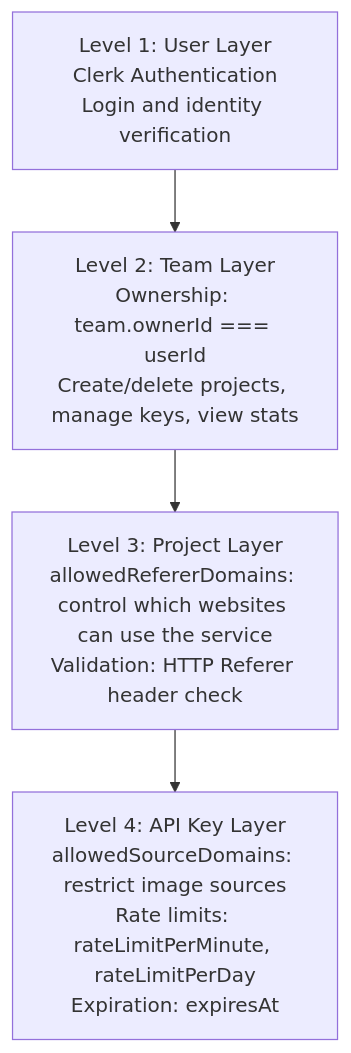
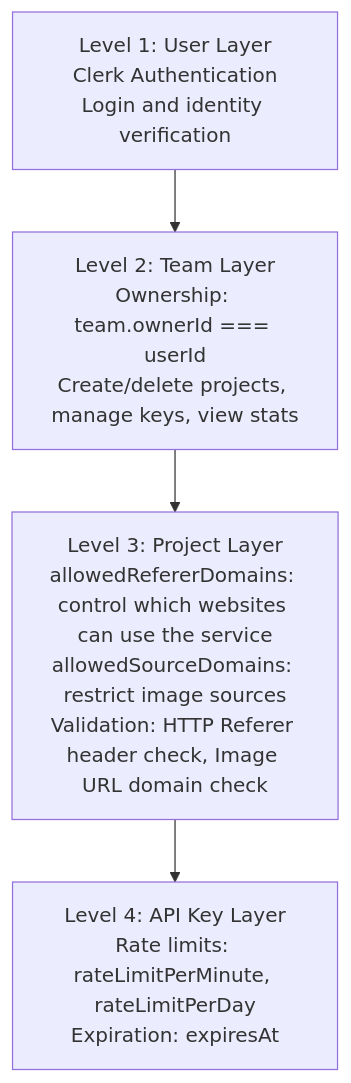
The fourth of 5 diagrams in apps/docs/content/docs/internal/system-overview.mdx (EricTsai83/optstuff), drawn with Mermaid before and after one commit. The commit also changed other lines of this file and 29 other files, not shown here.

First line of the commit message:
Update documentation to reflect project-level domain security changes

````diff
--- a/apps/docs/content/docs/internal/system-overview.mdx
+++ b/apps/docs/content/docs/internal/system-overview.mdx
@@ -140,9 +140,9 @@
 ```mermaid
 flowchart TD
   UserLayer["Level 1: User Layer\nClerk Authentication\nLogin and identity verification"]
   TeamLayer["Level 2: Team Layer\nOwnership: team.ownerId === userId\nCreate/delete projects, manage keys, view stats"]
-  ProjectLayer["Level 3: Project Layer\nallowedRefererDomains: control which websites can use the service\nValidation: HTTP Referer header check"]
-  ApiKeyLayer["Level 4: API Key Layer\nallowedSourceDomains: restrict image sources\nRate limits: rateLimitPerMinute, rateLimitPerDay\nExpiration: expiresAt"]
+  ProjectLayer["Level 3: Project Layer\nallowedRefererDomains: control which websites can use the service\nallowedSourceDomains: restrict image sources\nValidation: HTTP Referer header check, Image URL domain check"]
+  ApiKeyLayer["Level 4: API Key Layer\nRate limits: rateLimitPerMinute, rateLimitPerDay\nExpiration: expiresAt"]
 
   UserLayer --> TeamLayer --> ProjectLayer --> ApiKeyLayer
 ```
````
